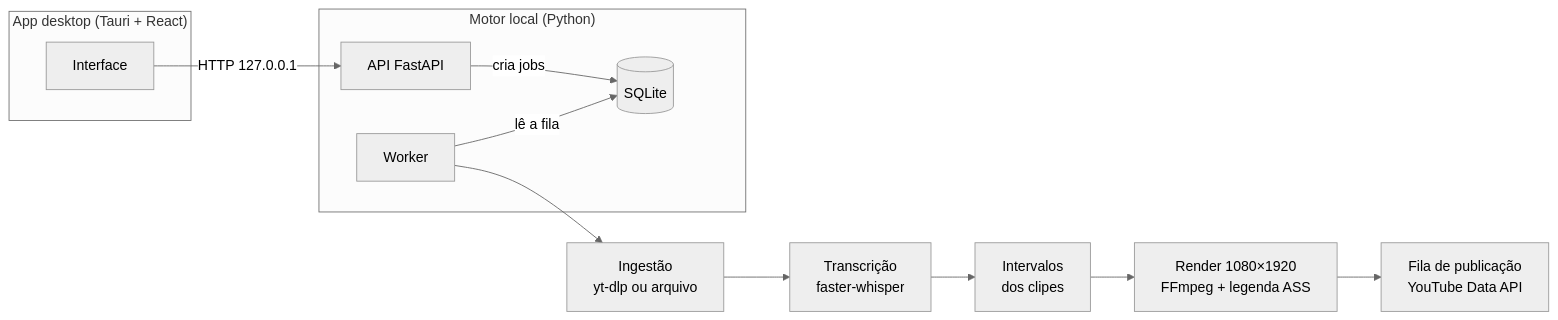
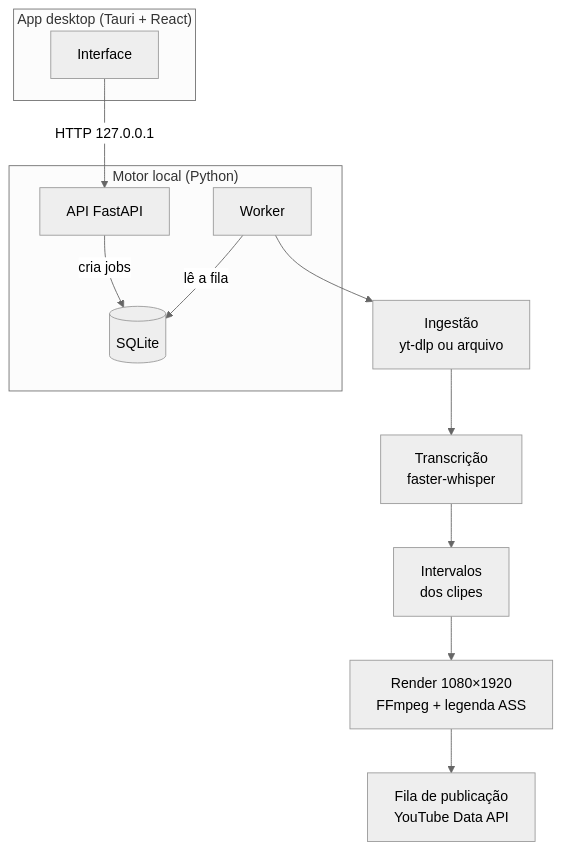
Before and after one commit to 4Kwko/youtube-shorts-poster: the diagram in README.md, drawn with Mermaid (neutral theme). The commit also changed 1 other file, not shown here.

Commit message:
docs: draw the pipeline diagram top-down so it stays legible
The left-to-right layout shrank to an unreadable strip on GitHub.

````diff
--- a/README.md
+++ b/README.md
@@ -16,19 +16,19 @@
 ```mermaid
-flowchart LR
+flowchart TD
     subgraph Desktop["App desktop (Tauri + React)"]
         UI[Interface]
     end
     subgraph Motor["Motor local (Python)"]
         API[API FastAPI]
         W[Worker]
         DB[(SQLite)]
     end
     UI -->|HTTP 127.0.0.1| API
     API -->|cria jobs| DB
     W -->|lê a fila| DB
     W --> I[Ingestão<br/>yt-dlp ou arquivo]
     I --> T[Transcrição<br/>faster-whisper]
     T --> C[Intervalos<br/>dos clipes]
     C --> R[Render 1080×1920<br/>FFmpeg + legenda ASS]
     R --> Y[Fila de publicação<br/>YouTube Data API]
 ```
````
